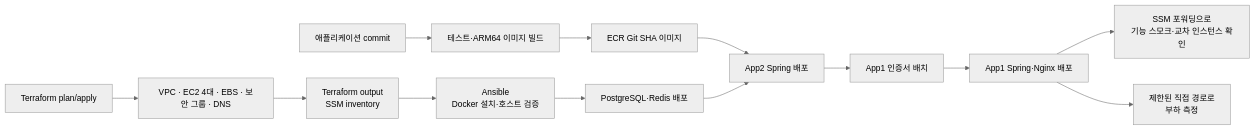
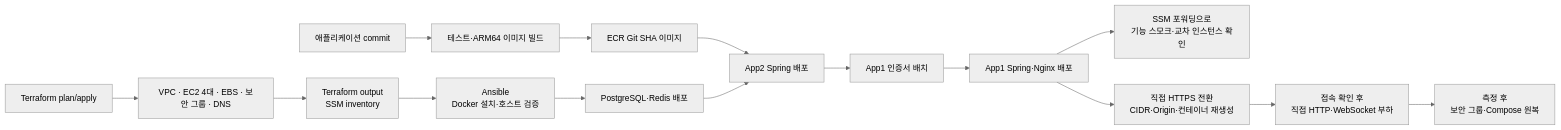
The second of 2 diagrams in docs/guides/AWS_MULTI_INSTANCE_INFRASTRUCTURE.md (bamsongi-club/albam-mate), drawn with Mermaid (neutral theme) before and after one commit. The commit also changed other lines of this file, not shown here.

````diff
--- a/docs/guides/AWS_MULTI_INSTANCE_INFRASTRUCTURE.md
+++ b/docs/guides/AWS_MULTI_INSTANCE_INFRASTRUCTURE.md
@@ -289,15 +359,17 @@
 ```mermaid
 flowchart LR
     CODE["애플리케이션 commit"] --> CI["테스트·ARM64 이미지 빌드"]
     CI --> ECR["ECR Git SHA 이미지"]
     TF["Terraform plan/apply"] --> INFRA["VPC · EC2 4대 · EBS · 보안 그룹 · DNS"]
     INFRA --> INV["Terraform output<br/>SSM inventory"]
     INV --> ANSIBLE["Ansible<br/>Docker 설치·호스트 검증"]
     ANSIBLE --> DATA["PostgreSQL·Redis 배포"]
     ECR --> APP2["App2 Spring 배포"]
     DATA --> APP2
     APP2 --> CERT["App1 인증서 배치"]
     CERT --> APP1["App1 Spring·Nginx 배포"]
     APP1 --> VERIFY["SSM 포워딩으로<br/>기능 스모크·교차 인스턴스 확인"]
-    APP1 --> LOAD["제한된 직접 경로로<br/>부하 측정"]
+    APP1 --> TRANSITION["직접 HTTPS 전환<br/>CIDR·Origin·컨테이너 재생성"]
+    TRANSITION --> LOAD["접속 확인 후<br/>직접 HTTP·WebSocket 부하"]
+    LOAD --> ROLLBACK["측정 후<br/>보안 그룹·Compose 원복"]
 ```
````
